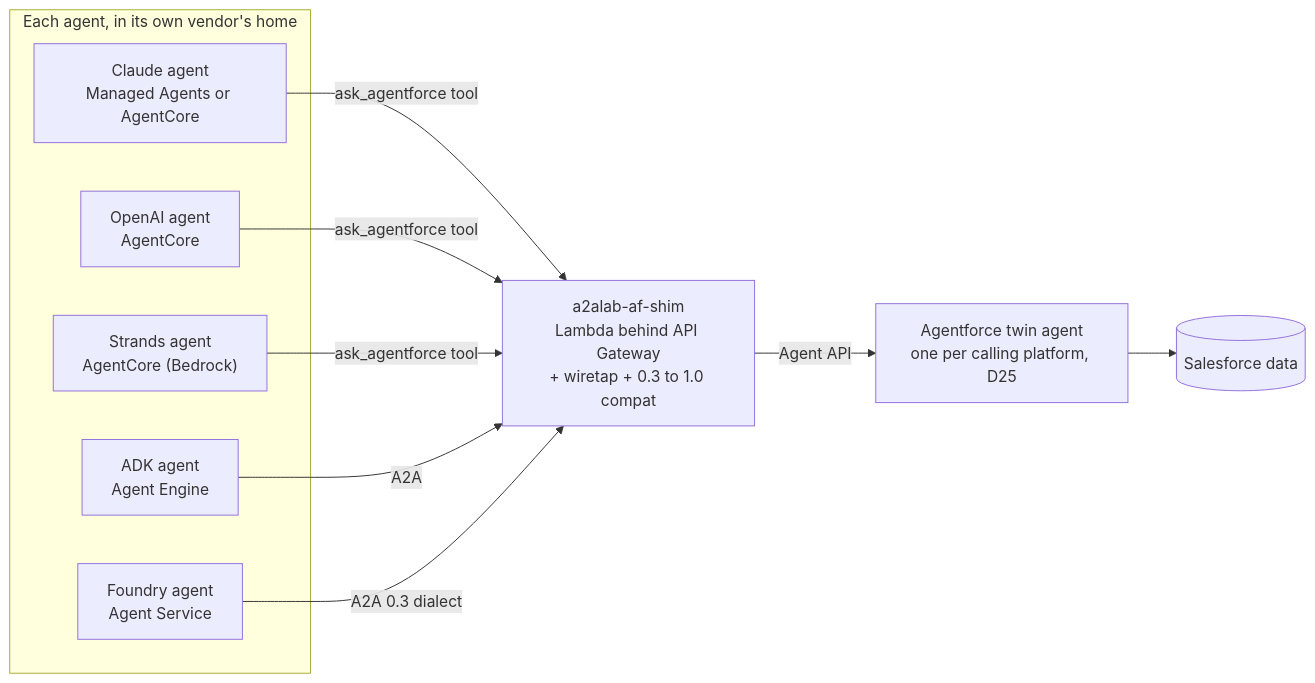
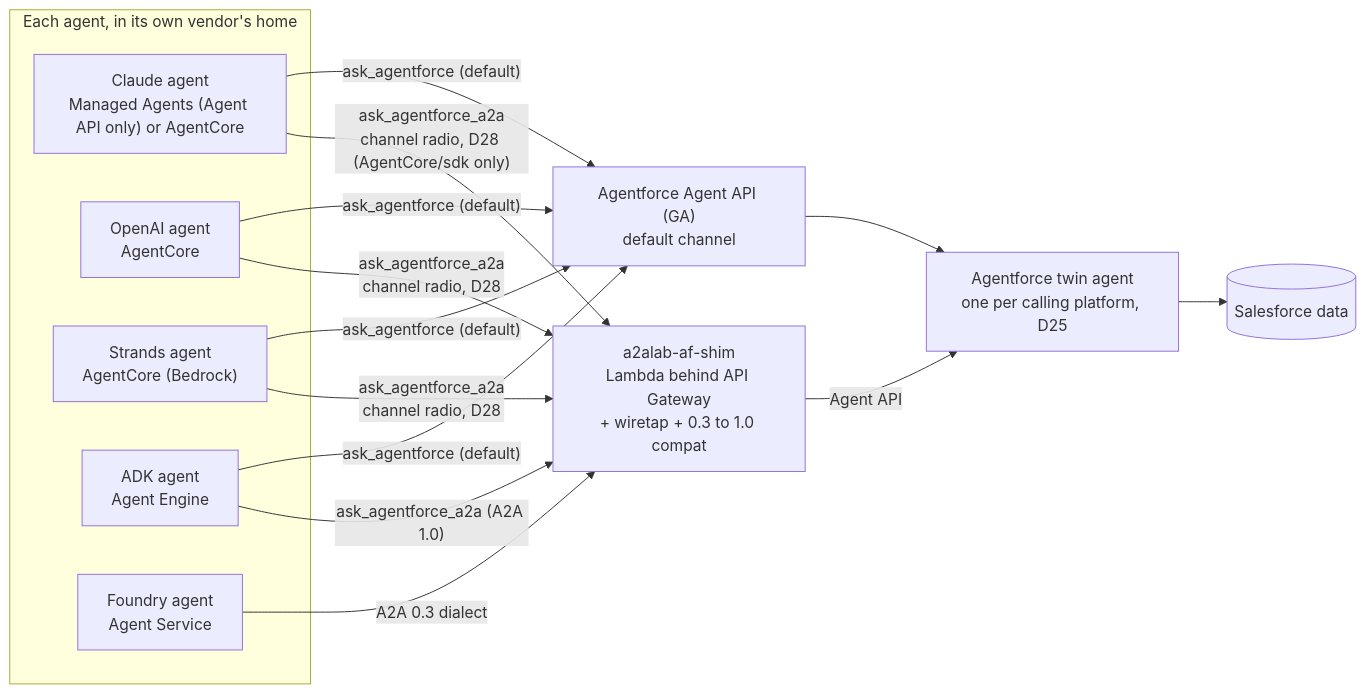
Before and after one commit to congmingwudi/a2a-lab: the fifth of 11 diagrams in plan/09-deployment-map.md, drawn with Mermaid. The commit also changed other lines of this file and 15 other files, not shown here.

First line of the commit message:
WS30: Digital Wallet consumption tab scaffold + architecture sweep fixes

````diff
--- a/plan/09-deployment-map.md
+++ b/plan/09-deployment-map.md
@@ -374,18 +404,24 @@
 ```mermaid
 flowchart LR
   subgraph HOSTS["Each agent, in its own vendor's home"]
-    C["Claude agent<br/>Managed Agents or AgentCore"]
+    C["Claude agent<br/>Managed Agents (Agent API only) or AgentCore"]
     O["OpenAI agent<br/>AgentCore"]
     S["Strands agent<br/>AgentCore (Bedrock)"]
     A["ADK agent<br/>Agent Engine"]
     F["Foundry agent<br/>Agent Service"]
   end
-  C -->|"ask_agentforce tool"| SHIMX
-  O -->|"ask_agentforce tool"| SHIMX
-  S -->|"ask_agentforce tool"| SHIMX
-  A -->|"A2A"| SHIMX
+  C -->|"ask_agentforce (default)"| AAPI
+  O -->|"ask_agentforce (default)"| AAPI
+  S -->|"ask_agentforce (default)"| AAPI
+  A -->|"ask_agentforce (default)"| AAPI
+  C -->|"ask_agentforce_a2a<br/>channel radio, D28 (AgentCore/sdk only)"| SHIMX
+  O -->|"ask_agentforce_a2a<br/>channel radio, D28"| SHIMX
+  S -->|"ask_agentforce_a2a<br/>channel radio, D28"| SHIMX
+  A -->|"ask_agentforce_a2a (A2A 1.0)"| SHIMX
   F -->|"A2A 0.3 dialect"| SHIMX
   SHIMX["a2alab-af-shim<br/>Lambda behind API Gateway<br/>+ wiretap + 0.3 to 1.0 compat"]
+  AAPI["Agentforce Agent API (GA)<br/>default channel"]
   SHIMX -->|"Agent API"| AFT["Agentforce twin agent<br/>one per calling platform, D25"]
+  AAPI --> AFT
   AFT --> CRM[("Salesforce data")]
 ```
````
